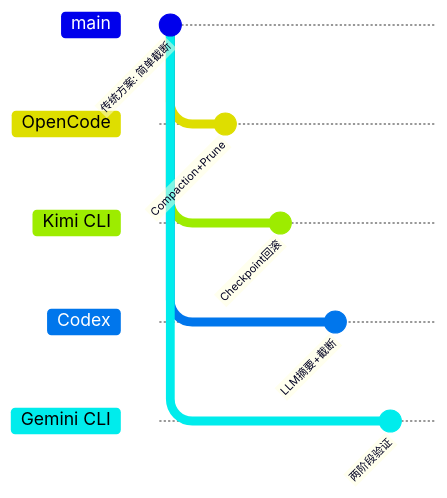
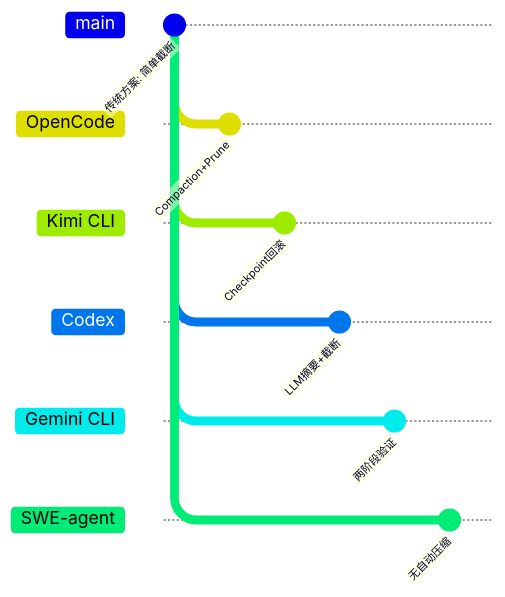
Before and after one commit to giraffe-tree/agent-base: diagram 12 of 12 in docs/opencode/questions/opencode-context-compaction.md, drawn with Mermaid. The commit also changed other lines of this file and 155 other files, not shown here.

````diff
--- a/docs/opencode/questions/opencode-context-compaction.md
+++ b/docs/opencode/questions/opencode-context-compaction.md
@@ -713,19 +734,23 @@
 ```mermaid
 gitGraph
     commit id: "传统方案: 简单截断"
     branch "OpenCode"
     checkout "OpenCode"
     commit id: "Compaction+Prune"
     checkout main
     branch "Kimi CLI"
     checkout "Kimi CLI"
     commit id: "Checkpoint回滚"
     checkout main
     branch "Codex"
     checkout "Codex"
     commit id: "LLM摘要+截断"
     checkout main
     branch "Gemini CLI"
     checkout "Gemini CLI"
     commit id: "两阶段验证"
+    checkout main
+    branch "SWE-agent"
+    checkout "SWE-agent"
+    commit id: "无自动压缩"
 ```
````
